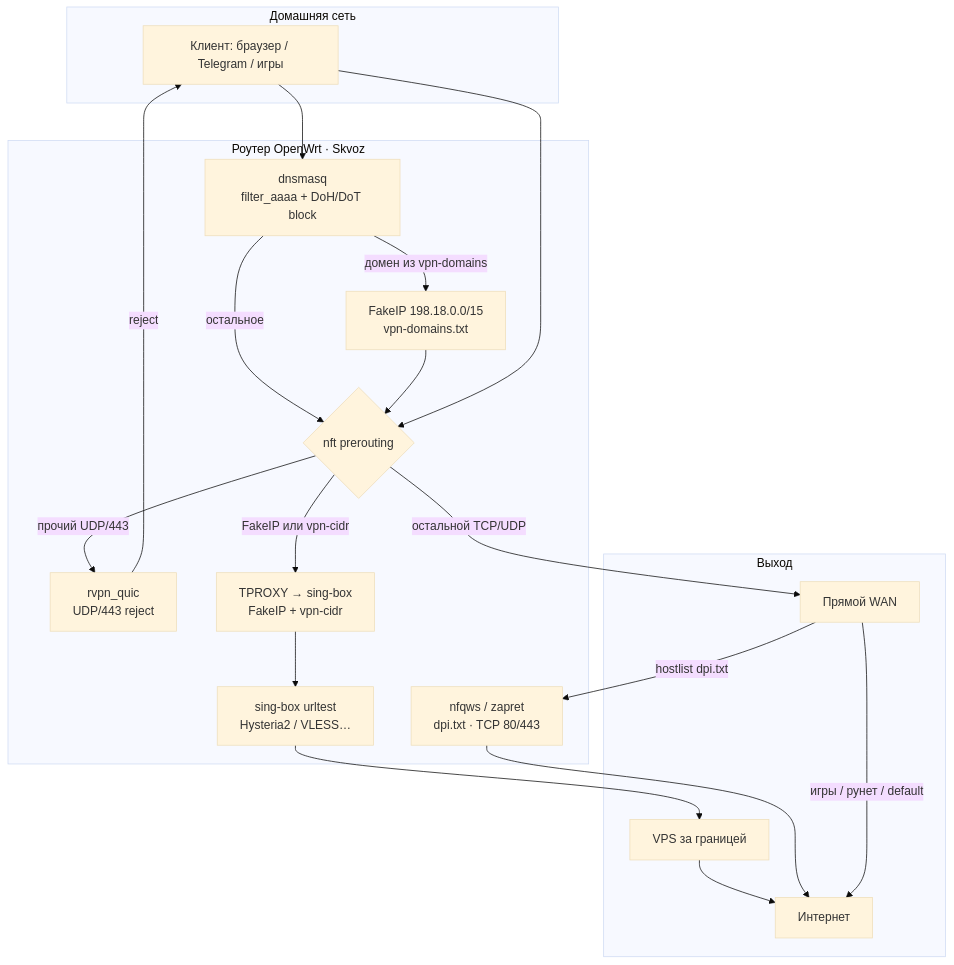
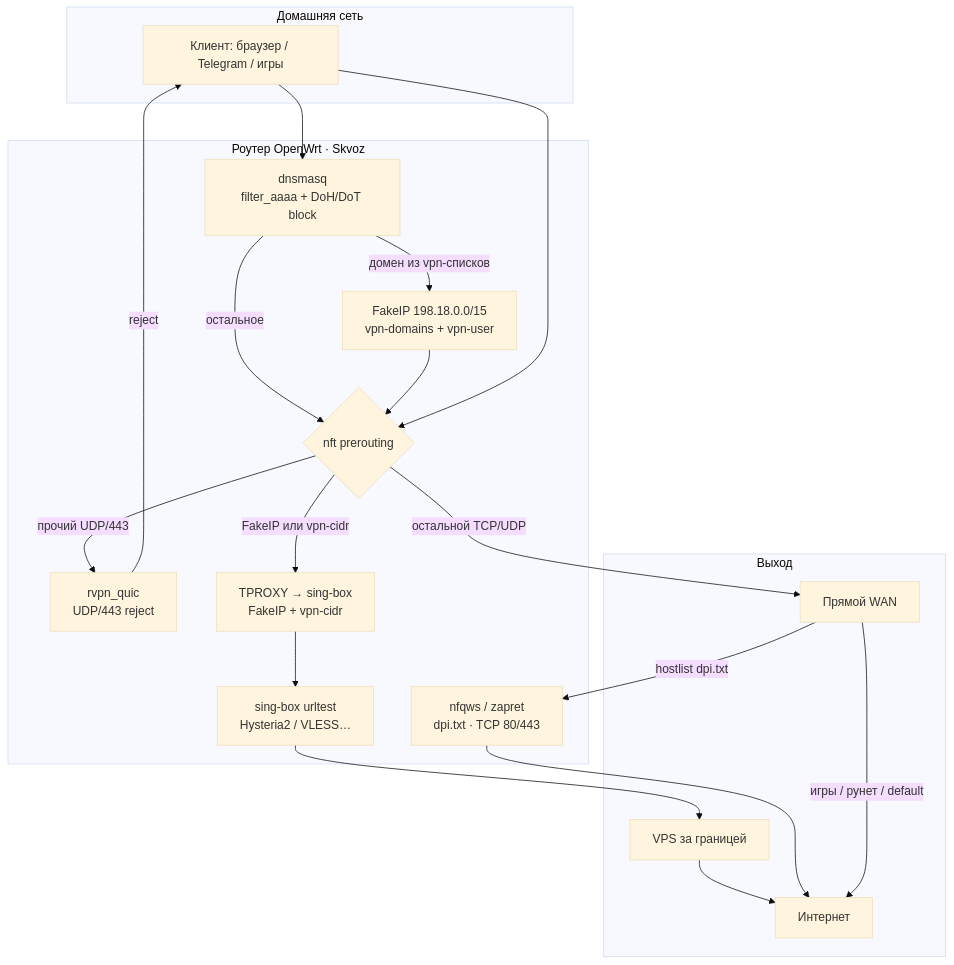
One commit to spamulodd/skvoz changed the diagram in README.md. Above: the diagram before and after it, drawn with Mermaid (base theme). The commit also changed other lines of this file and 1 other file, not shown here.

First line of the commit message:
Docs: VPN setup guide in README, drop ROADMAP.

````diff
--- a/README.md
+++ b/README.md
@@ -9,37 +9,37 @@
 ```mermaid
 flowchart TB
   subgraph LAN["Домашняя сеть"]
     C[Клиент: браузер / Telegram / игры]
   end
 
   subgraph R["Роутер OpenWrt · Skvoz"]
     DNS["dnsmasq<br/>filter_aaaa + DoH/DoT block"]
-    FIP["FakeIP 198.18.0.0/15<br/>vpn-domains.txt"]
+    FIP["FakeIP 198.18.0.0/15<br/>vpn-domains + vpn-user"]
     NFT{"nft prerouting"}
     Q["rvpn_quic<br/>UDP/443 reject"]
     TP["TPROXY → sing-box<br/>FakeIP + vpn-cidr"]
     Z["nfqws / zapret<br/>dpi.txt · TCP 80/443"]
     SB["sing-box urltest<br/>Hysteria2 / VLESS…"]
   end
 
   subgraph OUT["Выход"]
     WAN["Прямой WAN"]
     VPS["VPS за границей"]
     NET["Интернет"]
   end
 
   C --> DNS
-  DNS -->|домен из vpn-domains| FIP
+  DNS -->|домен из vpn-списков| FIP
   DNS -->|остальное| NFT
   FIP --> NFT
   C --> NFT
 
   NFT -->|FakeIP или vpn-cidr| TP
   NFT -->|прочий UDP/443| Q
   Q -->|reject| C
   NFT -->|остальной TCP/UDP| WAN
 
   TP --> SB --> VPS --> NET
   WAN -->|hostlist dpi.txt| Z --> NET
   WAN -->|игры / рунет / default| NET
 ```
````
